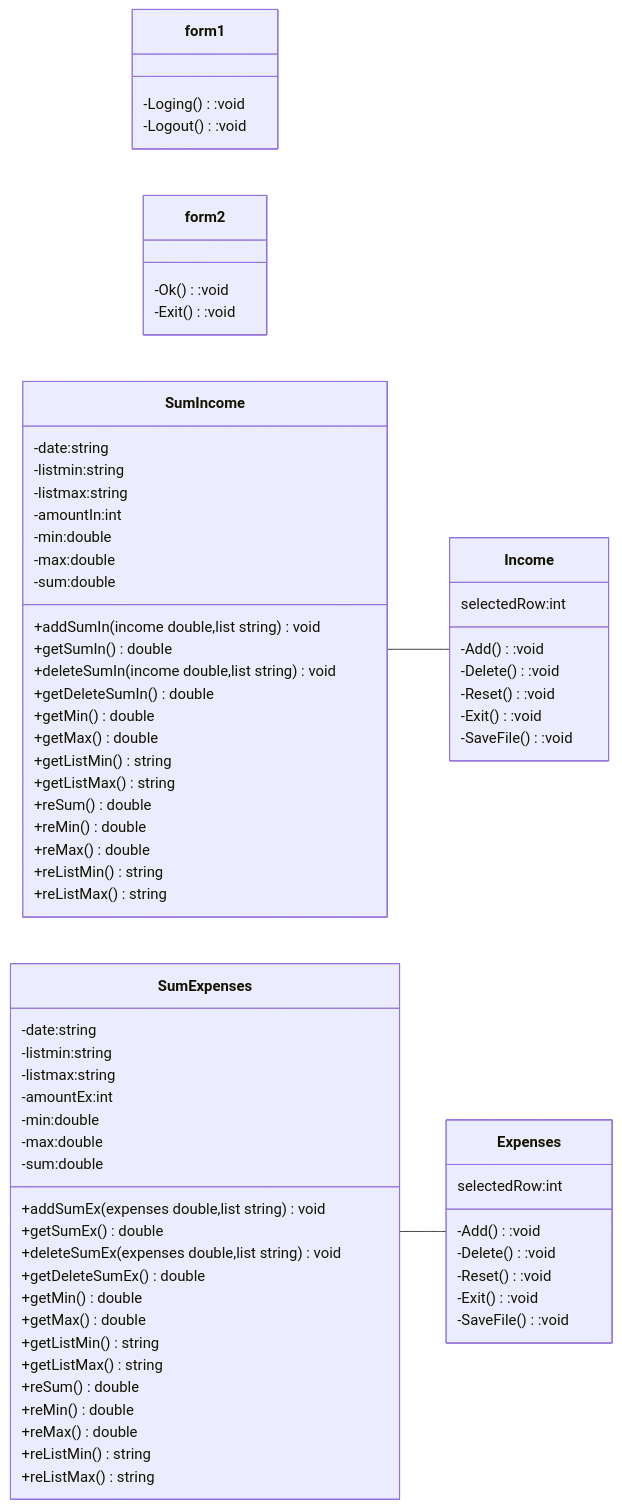
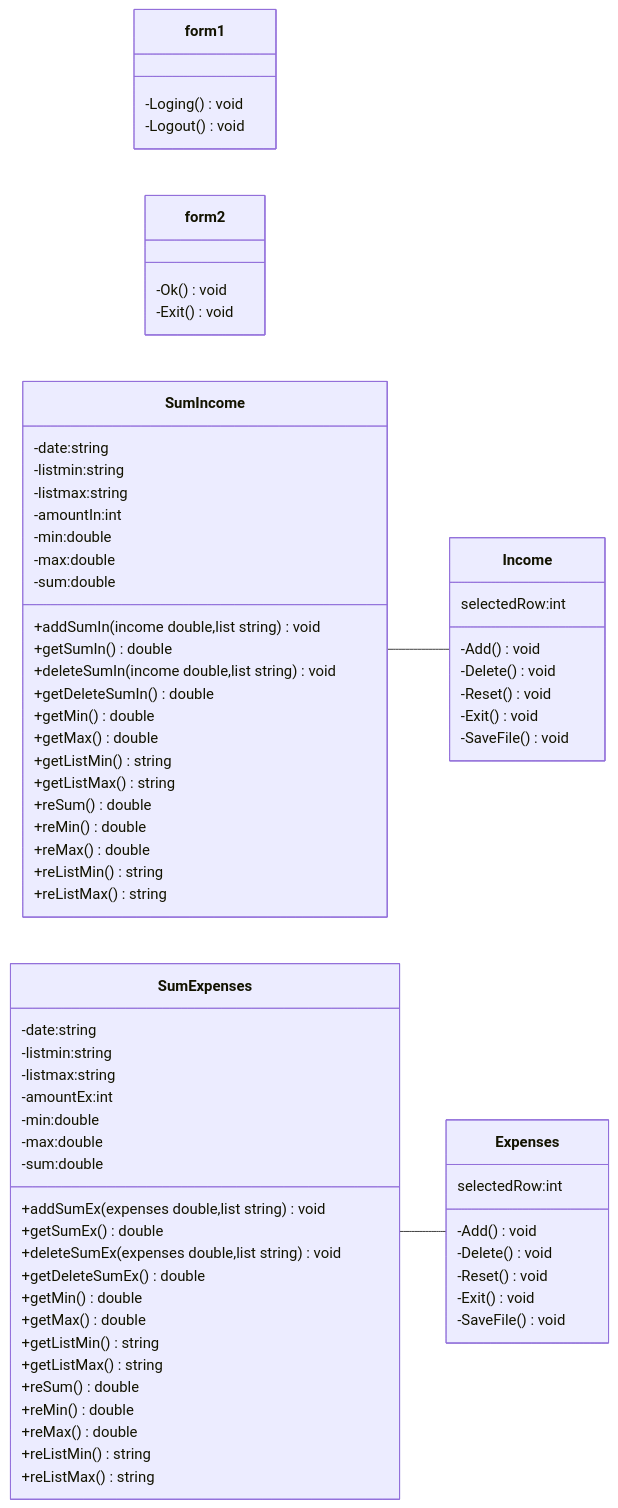
Before and after one commit to Naphapilan/Final-Project: the diagram in README.md, drawn with Mermaid.

````diff
--- a/README.md
+++ b/README.md
@@ -15,74 +15,74 @@
 ```mermaid
 classDiagram
   direction LR
   class form1{
-  -Loging():void
-  -Logout():void
+  -Loging()void
+  -Logout()void
   }
   class form2{
-  -Ok():void
-  -Exit():void
+  -Ok()void
+  -Exit()void
   }
   class Income{
   selectedRow:int 
-  -Add():void
-  -Delete():void
-  -Reset():void
-  -Exit():void
-  -SaveFile():void
+  -Add()void
+  -Delete()void
+  -Reset()void
+  -Exit()void
+  -SaveFile()void
   }
   class Expenses{
    selectedRow:int 
-  -Add():void
-  -Delete():void
-  -Reset():void
-  -Exit():void
-  -SaveFile():void
+  -Add()void
+  -Delete()void
+  -Reset()void
+  -Exit()void
+  -SaveFile()void
   }
   class SumIncome{
   -date:string
   -listmin:string
   -listmax:string
   -amountIn:int
   -min:double
   -max:double
   -sum:double
   +addSumIn(income double,list string)void
   +getSumIn()double
   +deleteSumIn(income double,list string)void
   +getDeleteSumIn()double
   +getMin()double
   +getMax()double
   +getListMin()string
   +getListMax()string
   +reSum()double
   +reMin()double
   +reMax()double
   +reListMin()string
   +reListMax()string
   }
   class SumExpenses{
   -date:string
   -listmin:string
   -listmax:string
   -amountEx:int
   -min:double
   -max:double
   -sum:double
   +addSumEx(expenses double,list string)void
   +getSumEx()double
   +deleteSumEx(expenses double,list string)void
   +getDeleteSumEx()double
   +getMin()double
   +getMax()double
   +getListMin()string
   +getListMax()string
   +reSum()double
   +reMin()double
   +reMax()double
   +reListMin()string
   +reListMax()string
   }
   SumExpenses -- Expenses
   SumIncome -- Income
 ```
````
